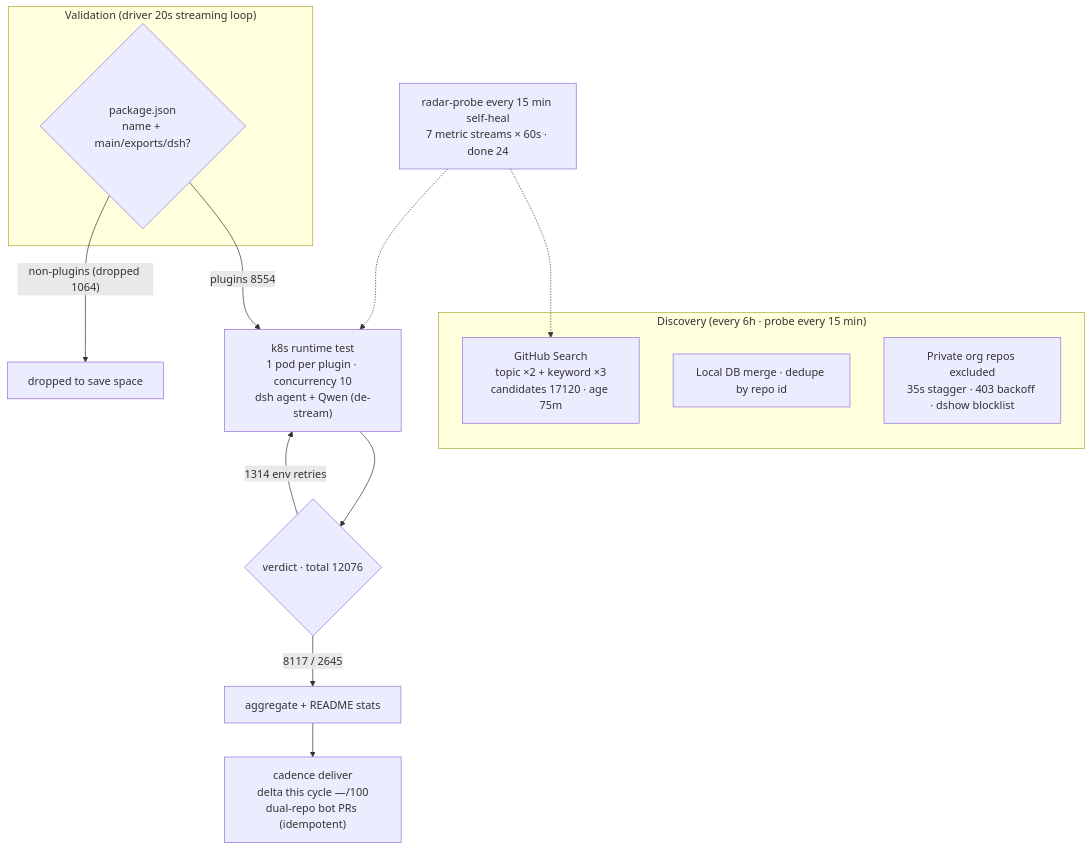
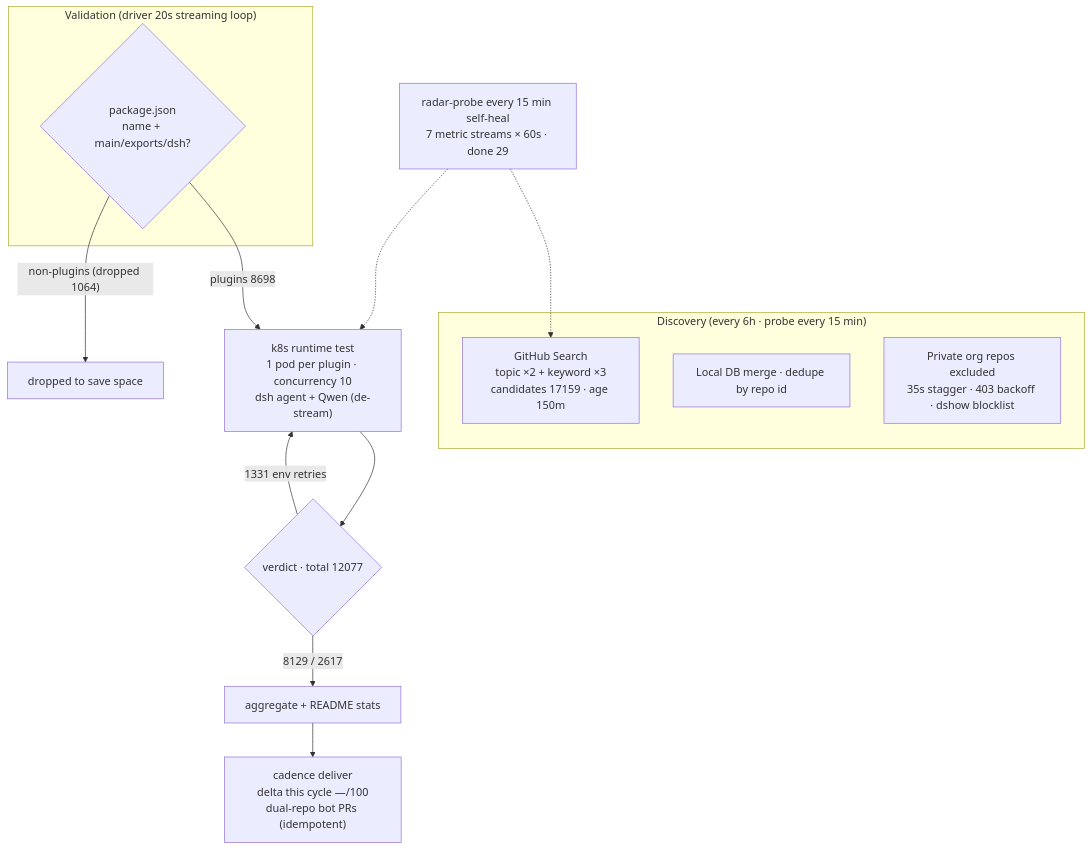
Before and after one commit to Zhidao-Lab-OSS/awesome-dsh-plugins: the diagram in README.en-US.md, drawn with Mermaid. The commit also changed other lines of this file and 1 other file, not shown here.

````diff
--- a/README.en-US.md
+++ b/README.en-US.md
@@ -45,20 +45,20 @@
 ```mermaid
 flowchart TB
     subgraph Discovery["Discovery (every 6h · probe every 15 min)"]
-        A1["GitHub Search<br/>topic ×2 + keyword ×3<br/>candidates 17120 · age 75m"]
+        A1["GitHub Search<br/>topic ×2 + keyword ×3<br/>candidates 17159 · age 150m"]
         A2["Local DB merge · dedupe by repo id"]
         A3["Private org repos excluded<br/>35s stagger · 403 backoff · dshow blocklist"]
     end
     subgraph Validation["Validation (driver 20s streaming loop)"]
         B1{"package.json<br/>name + main/exports/dsh?"}
     end
-    B1 -->|"plugins 8554"| C1["k8s runtime test<br/>1 pod per plugin · concurrency 10<br/>dsh agent + Qwen (de-stream)"]
+    B1 -->|"plugins 8698"| C1["k8s runtime test<br/>1 pod per plugin · concurrency 10<br/>dsh agent + Qwen (de-stream)"]
     B1 -->|"non-plugins (dropped 1064)"| B3["dropped to save space"]
-    C1 --> D1{"verdict · total 12076"}
-    D1 -->|"8117 / 2645"| E1["aggregate + README stats"]
-    D1 -->|"1314 env retries"| C1
+    C1 --> D1{"verdict · total 12077"}
+    D1 -->|"8129 / 2617"| E1["aggregate + README stats"]
+    D1 -->|"1331 env retries"| C1
     E1 --> E2["cadence deliver<br/>delta this cycle —/100<br/>dual-repo bot PRs (idempotent)"]
-    M["radar-probe every 15 min self-heal<br/>7 metric streams × 60s · done 24"]
+    M["radar-probe every 15 min self-heal<br/>7 metric streams × 60s · done 29"]
     M -.-> A1
     M -.-> C1
 ```
````
